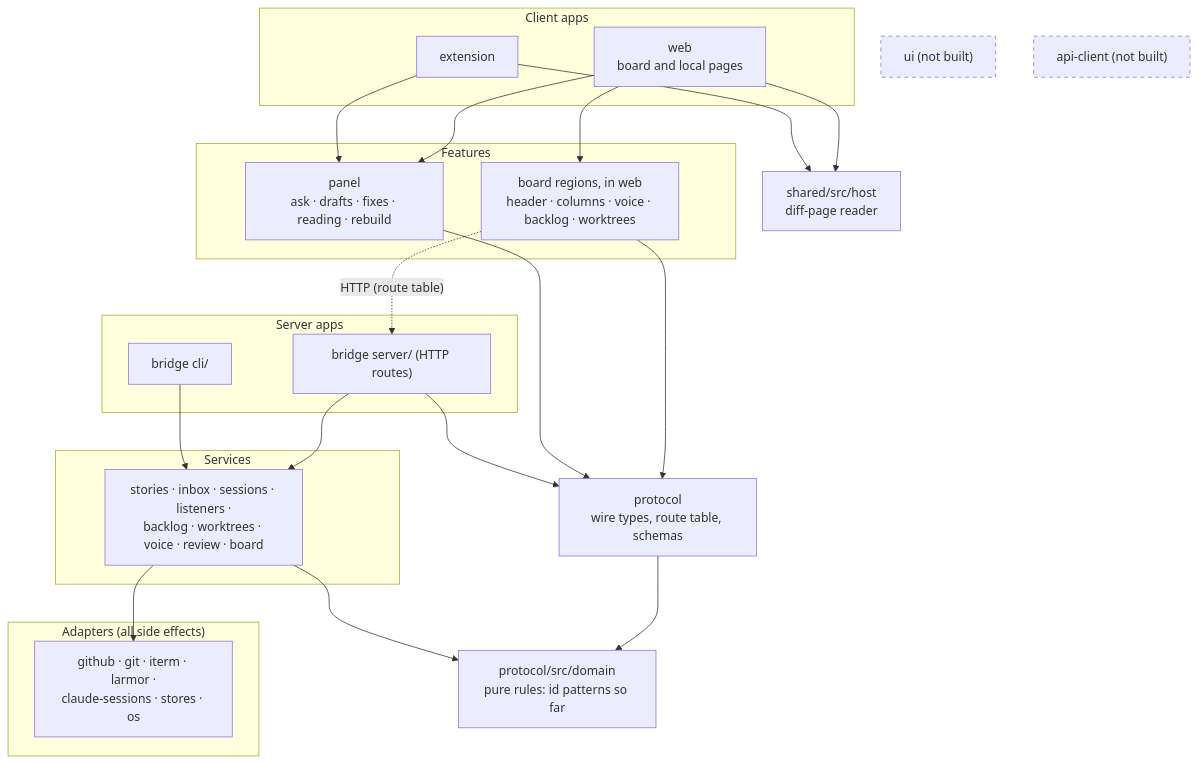
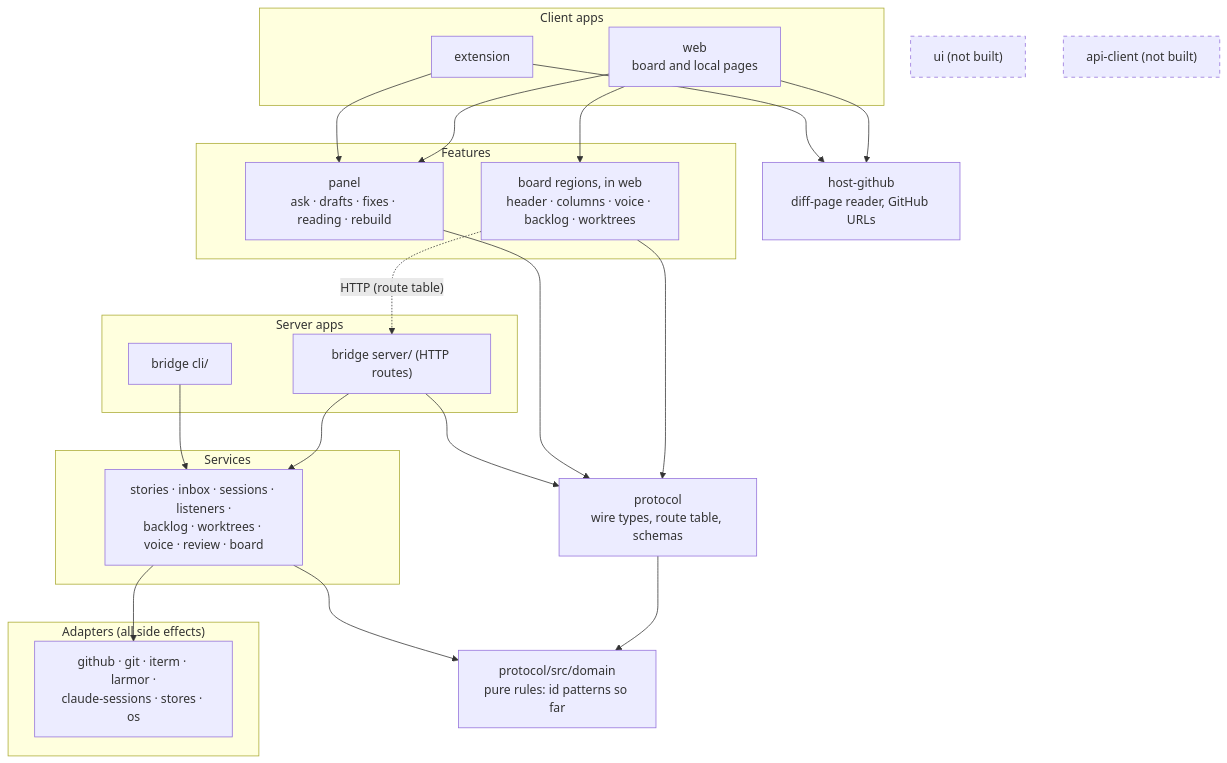
Before and after one commit to shank-eric/once-upon-a-diff: the diagram in docs/adr/adr-15-layered-packages-and-protocol.md, drawn with Mermaid. The commit also changed other lines of this file and 211 other files, not shown here.

First line of the commit message:
Packages: host-github, and shared dissolved

````diff
--- a/docs/adr/adr-15-layered-packages-and-protocol.md
+++ b/docs/adr/adr-15-layered-packages-and-protocol.md
@@ -24,44 +24,44 @@
 ```mermaid
 flowchart TB
   subgraph clientApps["Client apps"]
     web["web<br/>board and local pages"]
     ext["extension"]
   end
   subgraph features["Features"]
     boardview["board regions, in web<br/>header · columns · voice · backlog · worktrees"]
     panel["panel<br/>ask · drafts · fixes · reading · rebuild"]
   end
-  host["shared/src/host<br/>diff-page reader"]
+  host["host-github<br/>diff-page reader, GitHub URLs"]
   ui["ui (not built)"]
   api["api-client (not built)"]
   protocol["protocol<br/>wire types, route table, schemas"]
   domain["protocol/src/domain<br/>pure rules: id patterns so far"]
   subgraph serverApps["Server apps"]
     http["bridge server/ (HTTP routes)"]
     cli["bridge cli/"]
   end
   subgraph services["Services"]
     svc["stories · inbox · sessions · listeners ·<br/>backlog · worktrees · voice · review · board"]
   end
   subgraph adapters["Adapters (all side effects)"]
     ad["github · git · iterm · larmor ·<br/>claude-sessions · stores · os"]
   end
 
   web --> boardview
   web --> panel
   web --> host
   ext --> panel
   ext --> host
   boardview --> protocol
   panel --> protocol
   protocol --> domain
   http --> protocol
   http --> svc
   cli --> svc
   svc --> domain
   svc --> ad
   boardview -. "HTTP (route table)" .-> http
 
   classDef future stroke-dasharray: 5 5
   class ui,api future
 ```
````
